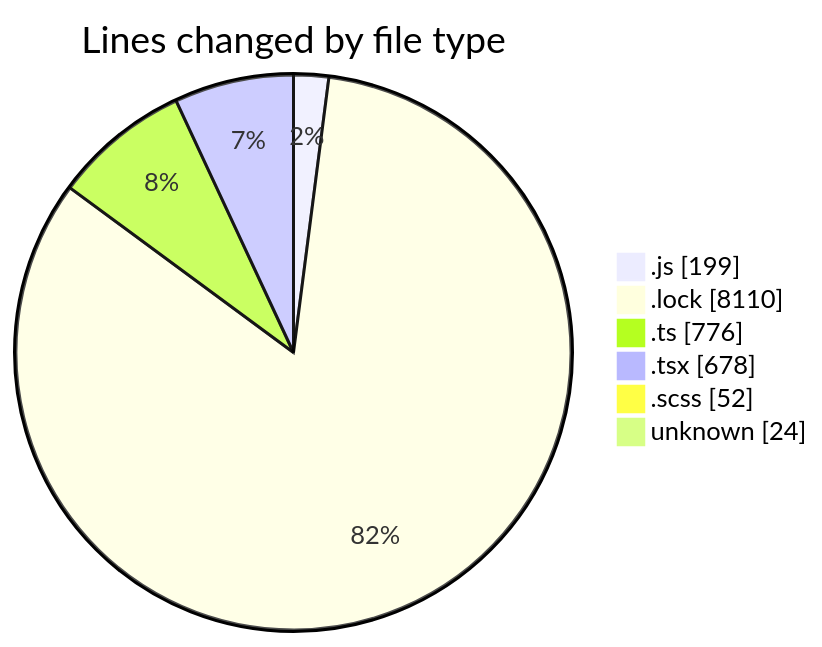
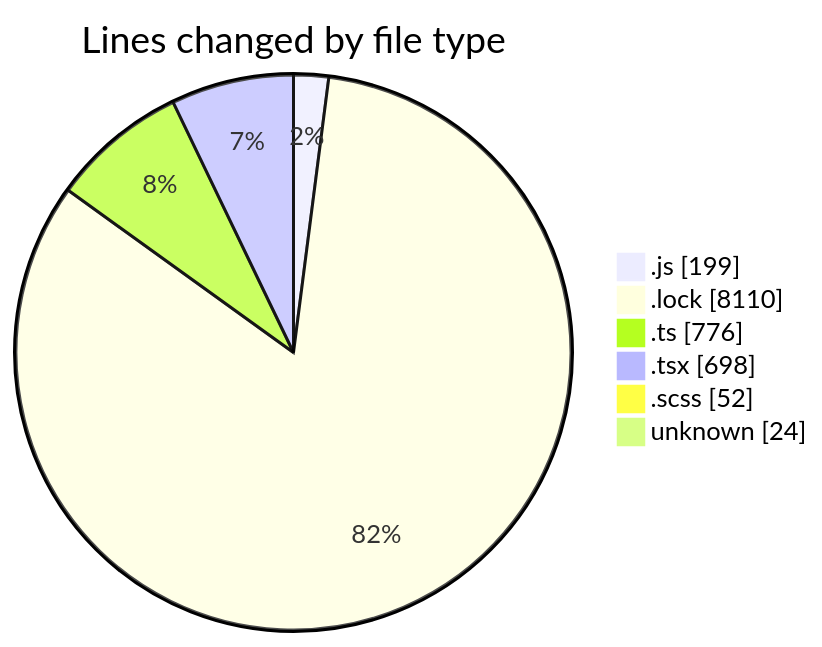
One commit to momahboobian/code-tracking changed the first of 2 diagrams in 2025-02-07/cda/README.md. Above: the diagram before and after it, drawn with Mermaid. The commit also changed other lines of this file and 1 other file, not shown here.

````diff
--- a/2025-02-07/cda/README.md
+++ b/2025-02-07/cda/README.md
@@ -53,10 +53,10 @@
 ```mermaid
 pie showData
 title Lines changed by file type
 ".js" : 199
 ".lock" : 8110
 ".ts" : 776
-".tsx" : 678
+".tsx" : 698
 ".scss" : 52
 "unknown" : 24
 ```
````
